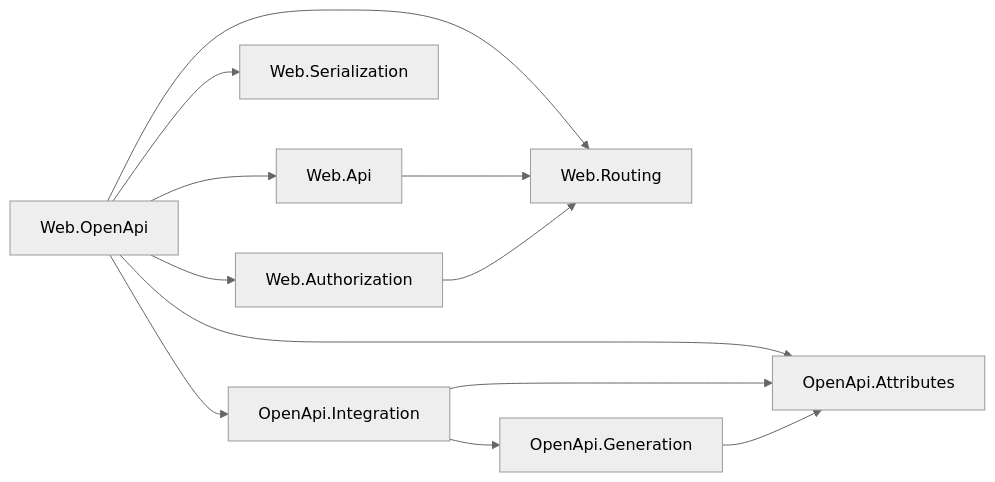
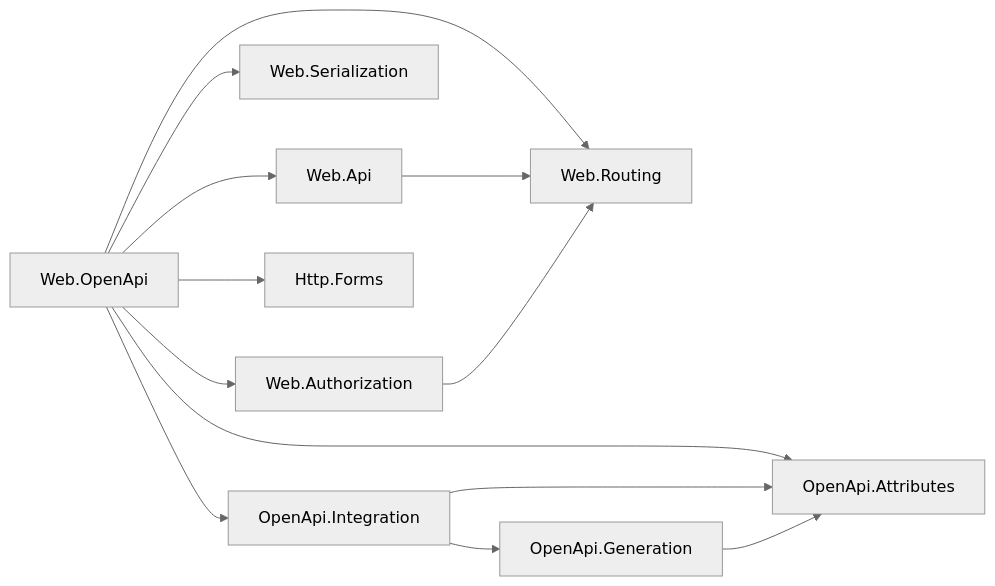
The diagram in resources/Web/Assimalign.Cohesion.Web.OpenApi/docs/DESIGN.md (assimalign/cohesion), drawn with Mermaid (neutral theme) before and after one commit. The commit also changed other lines of this file and 7 other files, not shown here.

````diff
--- a/resources/Web/Assimalign.Cohesion.Web.OpenApi/docs/DESIGN.md
+++ b/resources/Web/Assimalign.Cohesion.Web.OpenApi/docs/DESIGN.md
@@ -29,14 +29,15 @@
 ```mermaid
 flowchart LR
     Adapter["Web.OpenApi"] --> Api["Web.Api"]
     Adapter --> Routing["Web.Routing"]
     Adapter --> Serialization["Web.Serialization"]
     Adapter --> Authorization["Web.Authorization"]
+    Adapter --> Forms["Http.Forms"]
     Adapter --> Integration["OpenApi.Integration"]
     Adapter --> Attributes["OpenApi.Attributes"]
     Api --> Routing
     Authorization --> Routing
     Integration --> Attributes
     Integration --> Generation["OpenApi.Generation"]
     Generation --> Attributes
 ```
````
